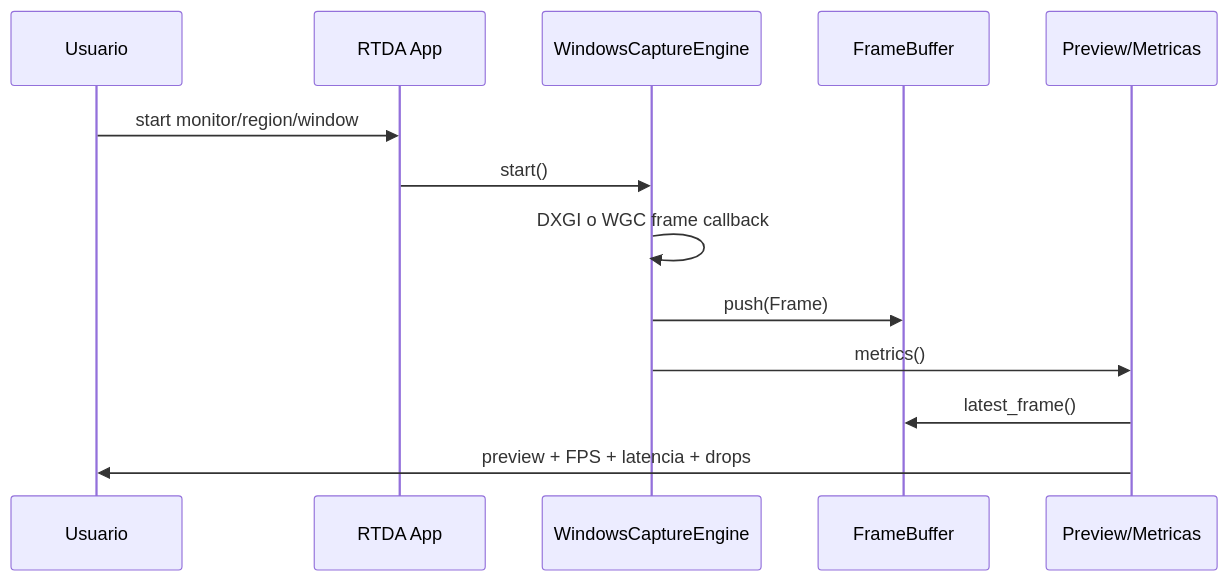
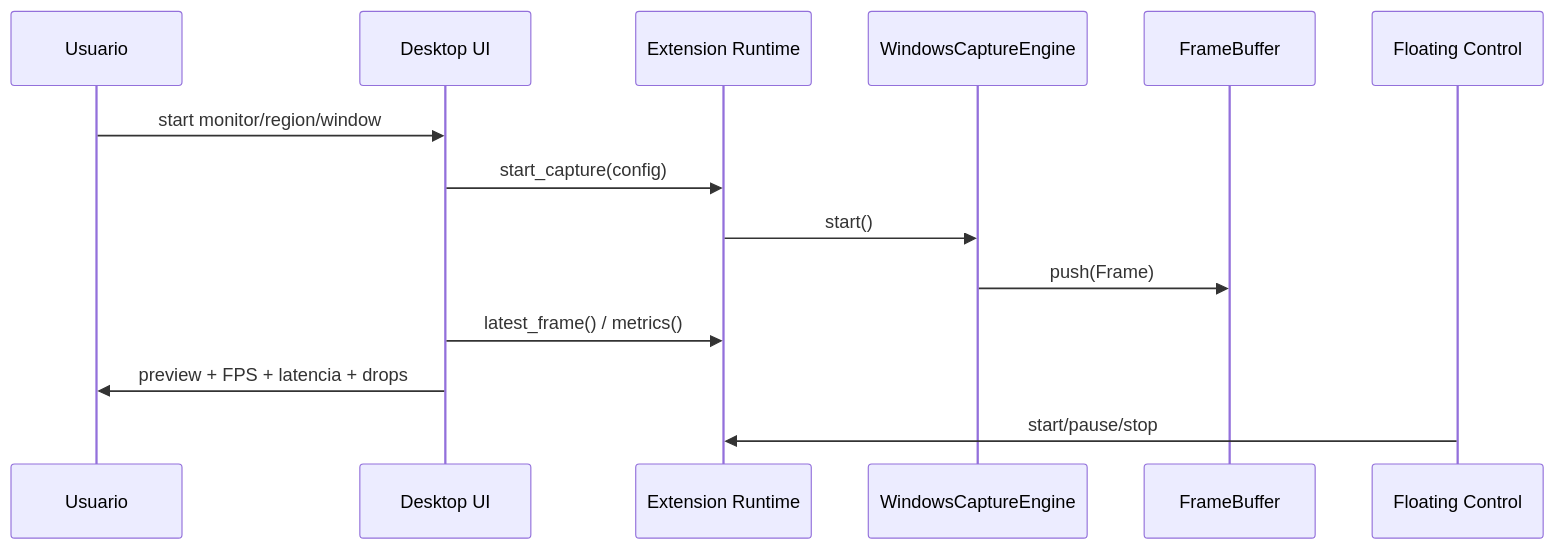
Before and after one commit to Adan0423/real-time-desktop-agent: the second of 3 diagrams in docs/architecture.md, drawn with Mermaid. The commit also changed other lines of this file and 8 other files, not shown here.

First line of the commit message:
refactor(ui): rediseñar interfaz de usuario y control flotante en RTDA

````diff
--- a/docs/architecture.md
+++ b/docs/architecture.md
@@ -59,15 +83,16 @@
 ```mermaid
 sequenceDiagram
     participant User as Usuario
-    participant App as RTDA App
+    participant Desktop as Desktop UI
+    participant Runtime as Extension Runtime
     participant Capture as WindowsCaptureEngine
     participant Buffer as FrameBuffer
-    participant UI as Preview/Metricas
-    User->>App: start monitor/region/window
-    App->>Capture: start()
-    Capture->>Capture: DXGI o WGC frame callback
+    participant Floating as Floating Control
+    User->>Desktop: start monitor/region/window
+    Desktop->>Runtime: start_capture(config)
+    Runtime->>Capture: start()
     Capture->>Buffer: push(Frame)
-    Capture->>UI: metrics()
-    UI->>Buffer: latest_frame()
-    UI->>User: preview + FPS + latencia + drops
+    Desktop->>Runtime: latest_frame() / metrics()
+    Desktop->>User: preview + FPS + latencia + drops
+    Floating->>Runtime: start/pause/stop
 ```
````
